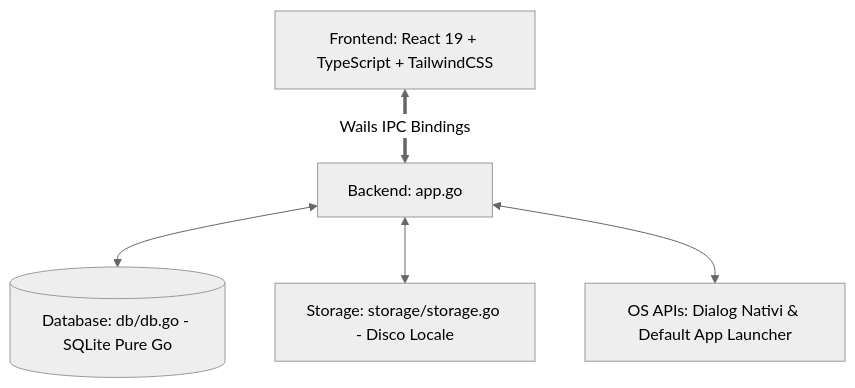
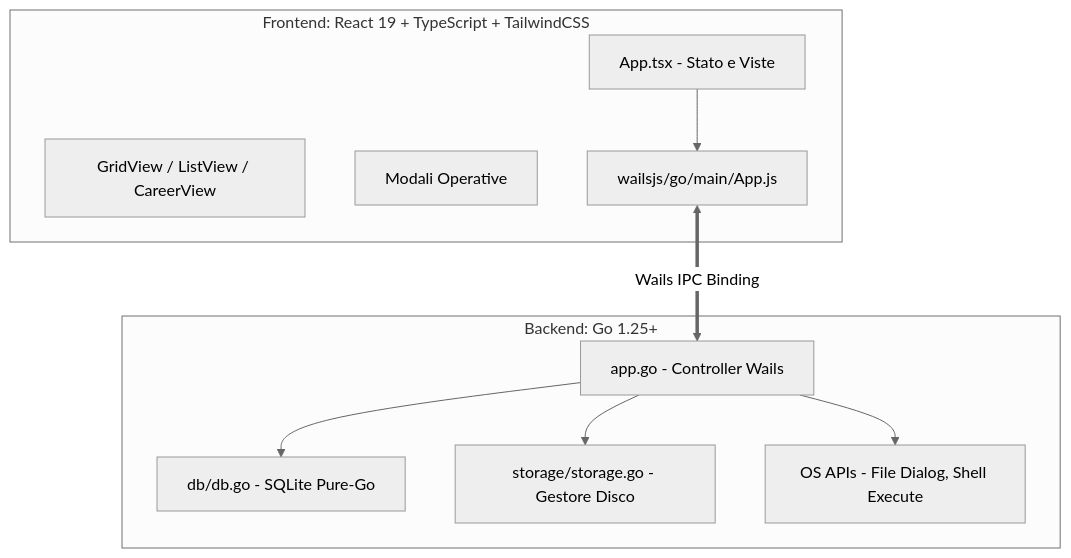
The diagram in AGENTS.md (stiavelli21/EduDrive), drawn with Mermaid (neutral theme) before and after one commit. The commit also changed other lines of this file and 16 other files, not shown here.

````diff
--- a/AGENTS.md
+++ b/AGENTS.md
@@ -24,7 +51,22 @@
 ```mermaid
 graph TD
-    UI[Frontend: React 19 + TypeScript + TailwindCSS] <==>|Wails IPC Bindings| AppGo[Backend: app.go]
-    AppGo <--> DB[(Database: db/db.go - SQLite Pure Go)]
-    AppGo <--> Storage[Storage: storage/storage.go - Disco Locale]
-    AppGo <--> OS[OS APIs: Dialog Nativi & Default App Launcher]
+    subgraph Frontend [Frontend: React 19 + TypeScript + TailwindCSS]
+        UI[App.tsx - Stato e Viste]
+        Views[GridView / ListView / CareerView]
+        Modals[Modali Operative]
+        IPC[wailsjs/go/main/App.js]
+    end
+
+    subgraph Backend [Backend: Go 1.25+]
+        AppGo[app.go - Controller Wails]
+        DB[db/db.go - SQLite Pure-Go]
+        Storage[storage/storage.go - Gestore Disco]
+        OS[OS APIs - File Dialog, Shell Execute]
+    end
+
+    UI --> IPC
+    IPC <==>|Wails IPC Binding| AppGo
+    AppGo --> DB
+    AppGo --> Storage
+    AppGo --> OS
 ```
````
